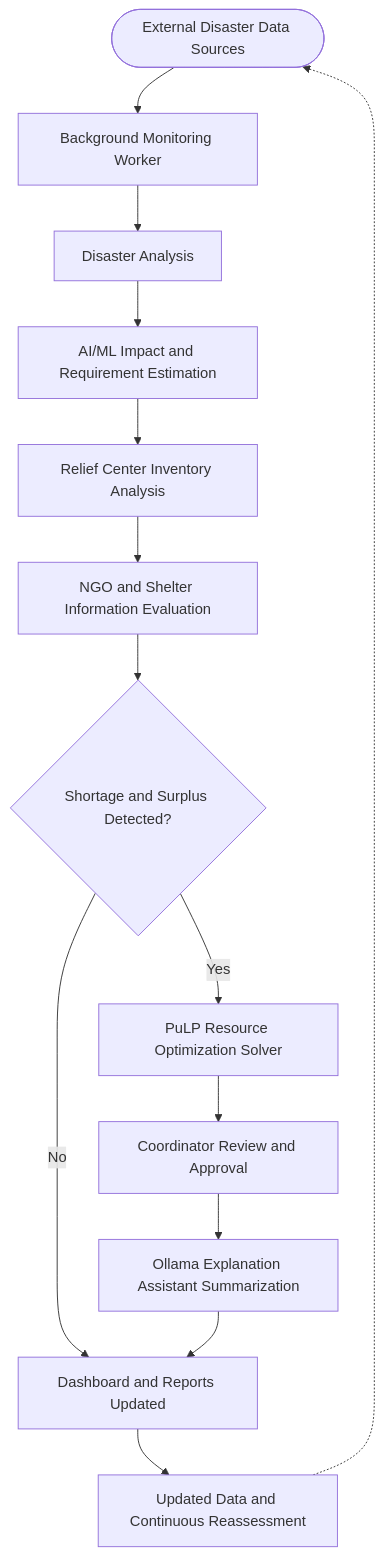
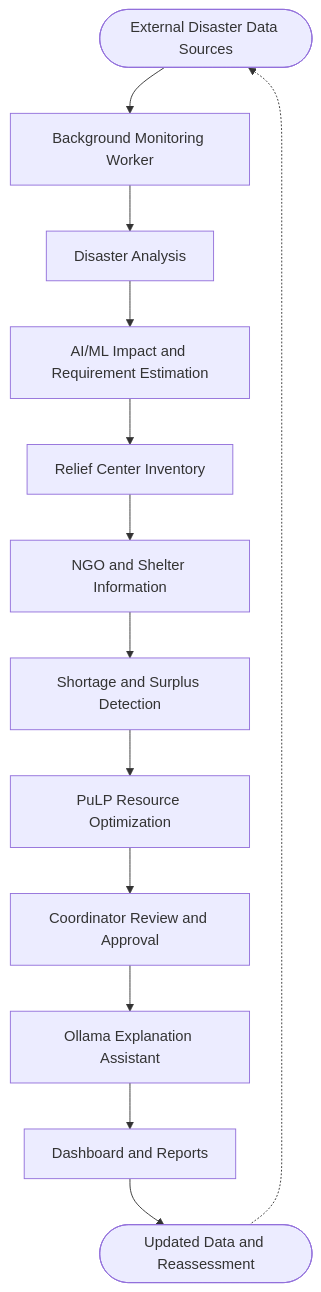
Before and after one commit to Ankitha89/workshop: the second of 3 diagrams in README.md, drawn with Mermaid. The commit also changed other lines of this file, not shown here.

````diff
--- a/README.md
+++ b/README.md
@@ -163,16 +168,15 @@
 ```mermaid
 flowchart TD
     W1([External Disaster Data Sources]) --> W2[Background Monitoring Worker]
     W2 --> W3[Disaster Analysis]
     W3 --> W4[AI/ML Impact and Requirement Estimation]
-    W4 --> W5[Relief Center Inventory Analysis]
-    W5 --> W6[NGO and Shelter Information Evaluation]
-    W6 --> W7{Shortage and Surplus Detected?}
-    W7 -- Yes --> W8[PuLP Resource Optimization Solver]
-    W7 -- No --> W11[Dashboard and Reports Updated]
+    W4 --> W5[Relief Center Inventory]
+    W5 --> W6[NGO and Shelter Information]
+    W6 --> W7[Shortage and Surplus Detection]
+    W7 --> W8[PuLP Resource Optimization]
     W8 --> W9[Coordinator Review and Approval]
-    W9 --> W10[Ollama Explanation Assistant Summarization]
-    W10 --> W11
-    W11 --> W12[Updated Data and Continuous Reassessment]
+    W9 --> W10[Ollama Explanation Assistant]
+    W10 --> W11[Dashboard and Reports]
+    W11 --> W12([Updated Data and Reassessment])
     W12 -.-> W1
 ```
````
